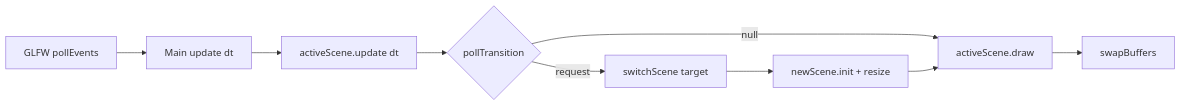
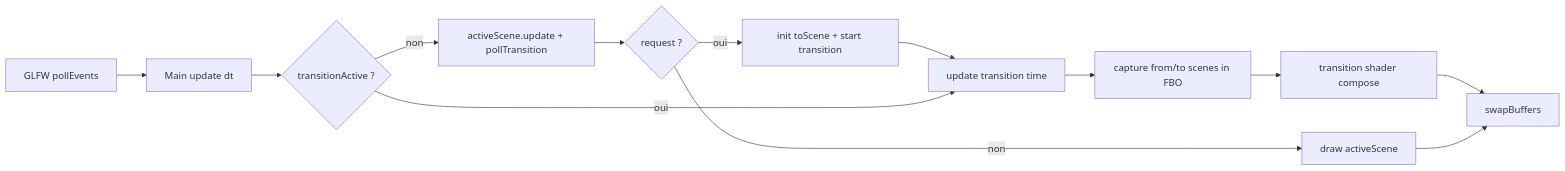
Before and after one commit to mcgivrer/demo001-arm64: the first of 2 diagrams in src/docs/13-scenes.md, drawn with Mermaid. The commit also changed other lines of this file and 21 other files, not shown here.

````diff
--- a/src/docs/13-scenes.md
+++ b/src/docs/13-scenes.md
@@ -37,11 +48,15 @@
 ```mermaid
 flowchart LR
     A[GLFW pollEvents] --> B[Main update dt]
-    B --> C[activeScene.update dt]
-    C --> D{pollTransition}
-    D -- null --> E[activeScene.draw]
-    D -- request --> F[switchScene target]
-    F --> G[newScene.init + resize]
-    G --> E
-    E --> H[swapBuffers]
+  B --> C{transitionActive ?}
+  C -- non --> D[activeScene.update + pollTransition]
+  D --> E{request ?}
+  E -- oui --> F[init toScene + start transition]
+  E -- non --> G[draw activeScene]
+  F --> H[update transition time]
+  C -- oui --> H
+  H --> I[capture from/to scenes in FBO]
+  I --> J[transition shader compose]
+  J --> K[swapBuffers]
+  G --> K
 ```
````
